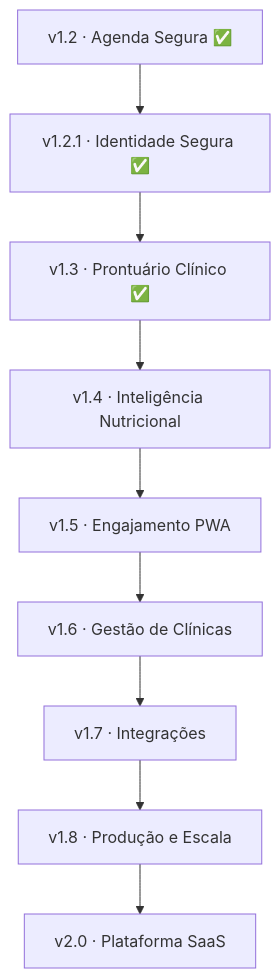
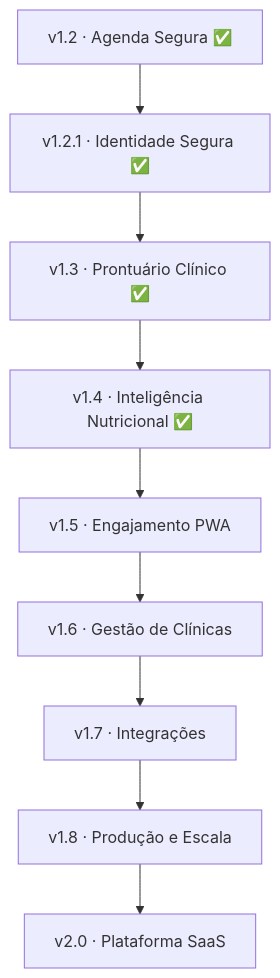
The diagram in ROADMAP.md (ricardogomesbarreto/Nexus-Nutra), drawn with Mermaid before and after one commit. The commit also changed other lines of this file and 36 other files, not shown here.

```diff
--- a/ROADMAP.md
+++ b/ROADMAP.md
@@ -51,11 +51,11 @@
 ~~~mermaid
 flowchart TD
     A["v1.2 · Agenda Segura ✅"] --> S["v1.2.1 · Identidade Segura ✅"]
     S --> B["v1.3 · Prontuário Clínico ✅"]
-    B --> C["v1.4 · Inteligência Nutricional"]
+    B --> C["v1.4 · Inteligência Nutricional ✅"]
     C --> D["v1.5 · Engajamento PWA"]
     D --> E["v1.6 · Gestão de Clínicas"]
     E --> F["v1.7 · Integrações"]
     F --> G["v1.8 · Produção e Escala"]
     G --> H["v2.0 · Plataforma SaaS"]
 ~~~
```
